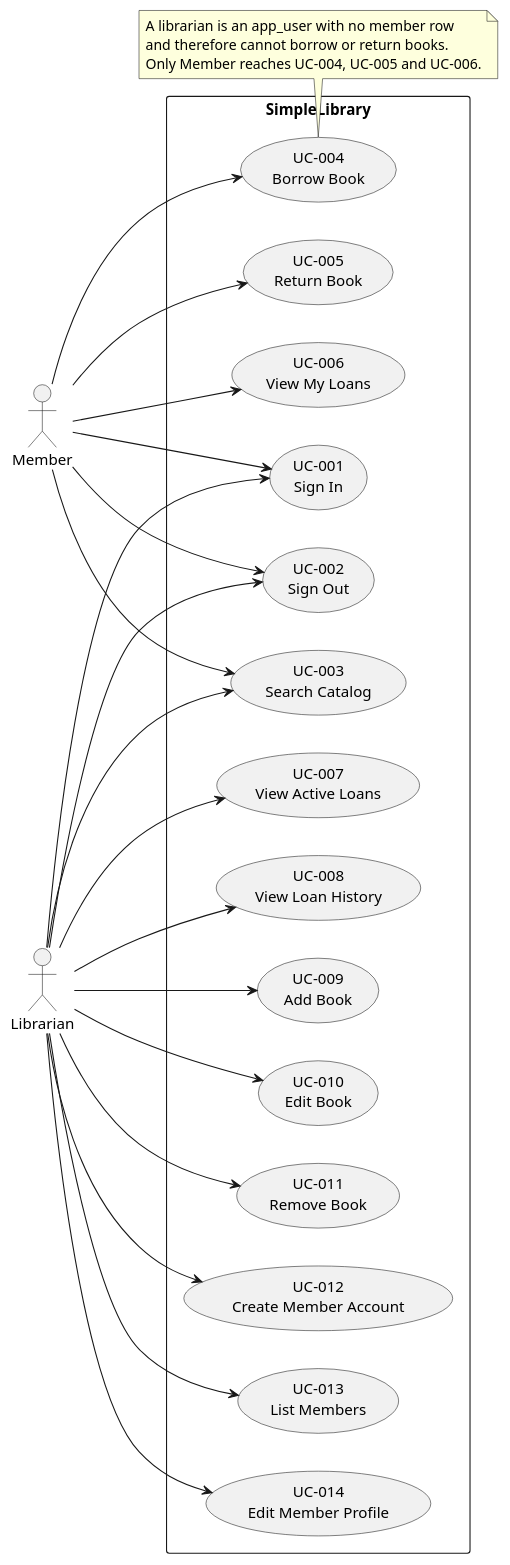
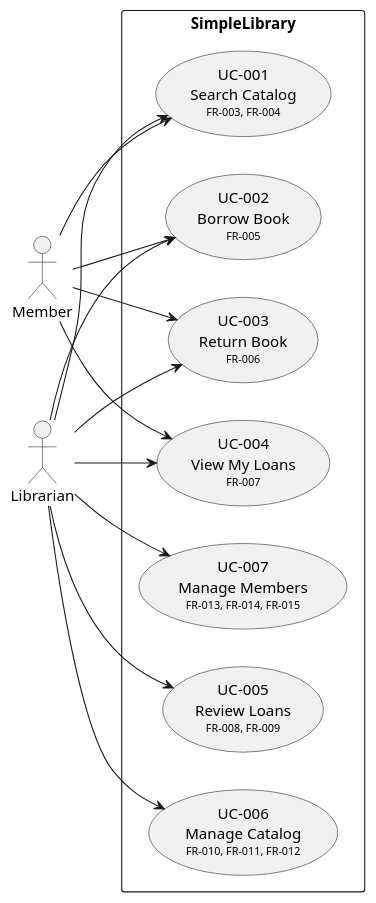
Before and after one commit to conoroleary101/book-library: the diagram in docs/use_cases.puml, drawn with PlantUML. The commit also changed 4 other files, not shown here.

Commit message:
Resolve architecture.md contradiction on librarian borrowing in favour of the role table

```diff
--- a/docs/use_cases.puml
+++ b/docs/use_cases.puml
@@ -1,49 +1,30 @@
 @startuml Use Cases Overview
 left to right direction
 
 actor "Member" as member
 actor "Librarian" as librarian
 
 rectangle "SimpleLibrary" {
-    usecase "UC-001\nSign In" as UC001
-    usecase "UC-002\nSign Out" as UC002
-    usecase "UC-003\nSearch Catalog" as UC003
-    usecase "UC-004\nBorrow Book" as UC004
-    usecase "UC-005\nReturn Book" as UC005
-    usecase "UC-006\nView My Loans" as UC006
-    usecase "UC-007\nView Active Loans" as UC007
-    usecase "UC-008\nView Loan History" as UC008
-    usecase "UC-009\nAdd Book" as UC009
-    usecase "UC-010\nEdit Book" as UC010
-    usecase "UC-011\nRemove Book" as UC011
-    usecase "UC-012\nCreate Member Account" as UC012
-    usecase "UC-013\nList Members" as UC013
-    usecase "UC-014\nEdit Member Profile" as UC014
+    usecase "UC-001\nSearch Catalog\n<size:10>FR-003, FR-004</size>" as UC001
+    usecase "UC-002\nBorrow Book\n<size:10>FR-005</size>" as UC002
+    usecase "UC-003\nReturn Book\n<size:10>FR-006</size>" as UC003
+    usecase "UC-004\nView My Loans\n<size:10>FR-007</size>" as UC004
+    usecase "UC-005\nReview Loans\n<size:10>FR-008, FR-009</size>" as UC005
+    usecase "UC-006\nManage Catalog\n<size:10>FR-010, FR-011, FR-012</size>" as UC006
+    usecase "UC-007\nManage Members\n<size:10>FR-013, FR-014, FR-015</size>" as UC007
 }
 
 member --> UC001
 member --> UC002
 member --> UC003
 member --> UC004
-member --> UC005
-member --> UC006
 
 librarian --> UC001
 librarian --> UC002
 librarian --> UC003
+librarian --> UC004
+librarian --> UC005
+librarian --> UC006
 librarian --> UC007
-librarian --> UC008
-librarian --> UC009
-librarian --> UC010
-librarian --> UC011
-librarian --> UC012
-librarian --> UC013
-librarian --> UC014
-
-note bottom of UC004
-  A librarian is an app_user with no member row
-  and therefore cannot borrow or return books.
-  Only Member reaches UC-004, UC-005 and UC-006.
-end note
 
 @enduml
```
